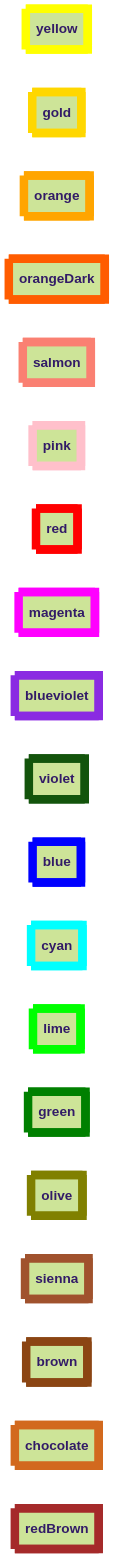
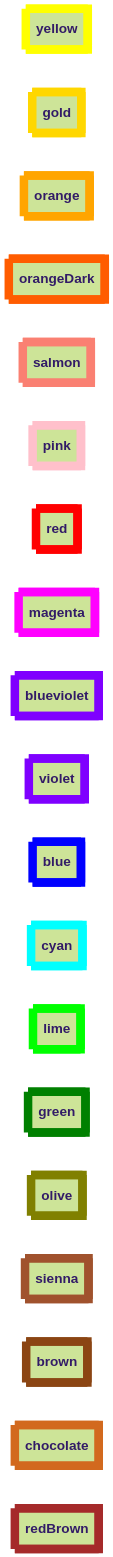
The second of 2 diagrams in files/fill-and-stroke-colors.md (Ee-Cs/Ee-Cs.github.io), drawn with Mermaid (forest theme) before and after one commit.

````diff
--- a/files/fill-and-stroke-colors.md
+++ b/files/fill-and-stroke-colors.md
@@ -33,48 +33,48 @@
 ```mermaid
 ---
   config:
     class:
       hideEmptyMembersBox: true
 ---
 classDiagram
     direction LR
     class yellow:::yellow { }
     class gold:::gold { }
     class orange:::orange { }
     class orangeDark:::orangeDark { }
     class salmon:::salmon { }
     class pink:::pink { }
     class red:::red { }
     class magenta:::magenta { }
     class blueviolet:::blueviolet { }
     class violet:::violet { }
     class blue:::blue { }
     class cyan:::cyan { }
     class lime:::lime { }
     class green:::green { }
     class olive:::olive { }
     class sienna:::sienna { }
     class brown:::brown { }
     class chocolate:::chocolate { }
     class redBrown:::redBrown { }
 %% Styles
     classDef brown stroke:saddlebrown,stroke-width:10px
     classDef blue stroke:blue,stroke-width:10px
     classDef blueviolet stroke:blueviolet,stroke-width:10px
     classDef chocolate stroke:chocolate,stroke-width:10px
     classDef cyan stroke:cyan,stroke-width:10px
     classDef gold stroke:gold,stroke-width:10px
     classDef green stroke:green,stroke-width:10px
     classDef lime stroke:lime,stroke-width:10px
     classDef magenta stroke:magenta,stroke-width:10px
     classDef olive stroke:olive,stroke-width:10px
     classDef orange stroke:orange,stroke-width:10px
     classDef orangeDark stroke:#FF5C00,stroke-width:10px
     classDef pink stroke:pink,stroke-width:10px
     classDef red stroke:red,stroke-width:10px
     classDef redBrown stroke:brown,stroke-width:10px
     classDef salmon stroke:salmon,stroke-width:10px
     classDef sienna stroke:sienna,stroke-width:10px
-    classDef violet stroke:"#7F00FF",stroke-width:10px
+    classDef violet stroke:#7F00FF,stroke-width:10px
     classDef yellow stroke:yellow,stroke-width:10px
 ```
````
